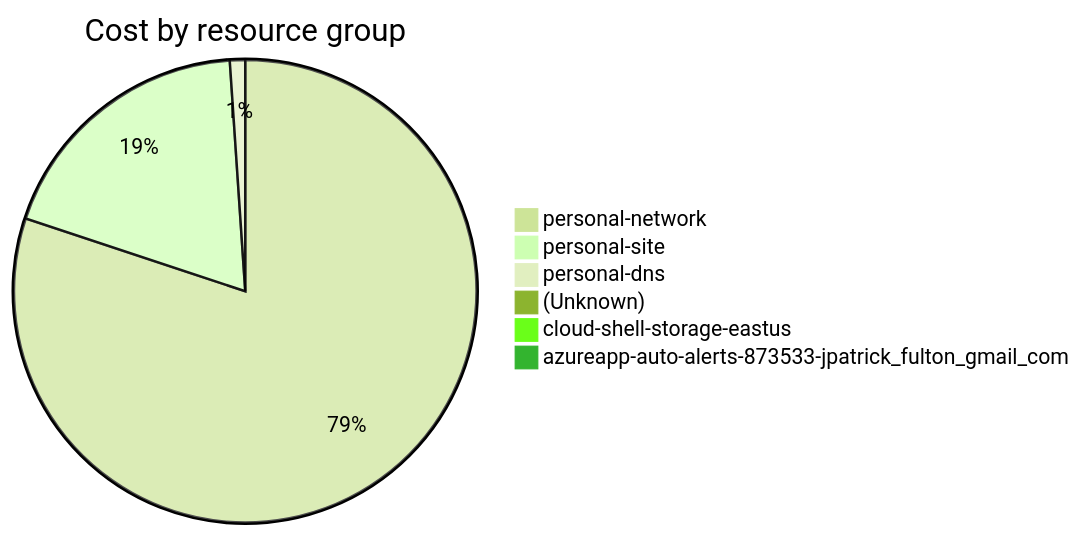
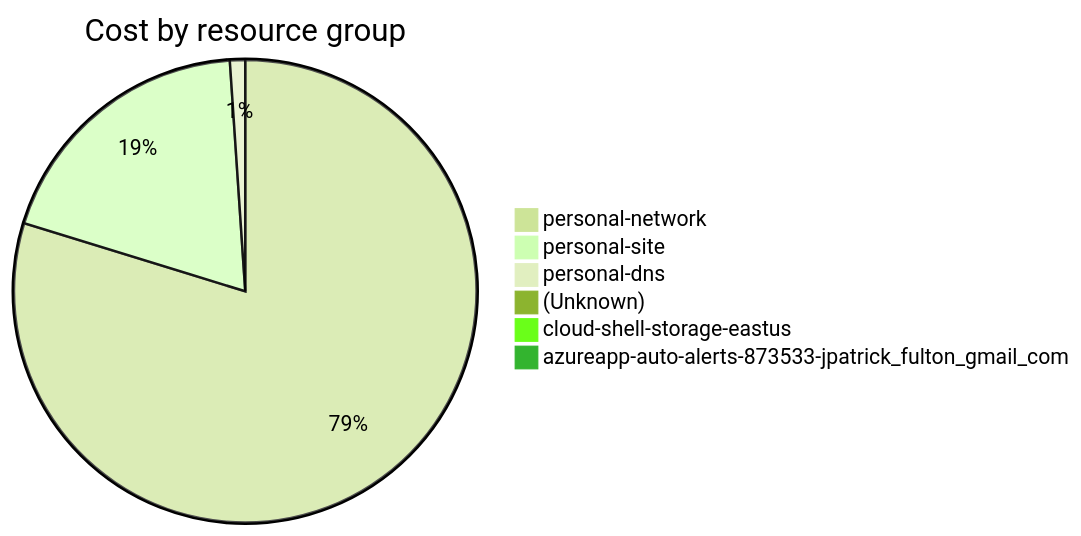
One commit to jpfulton/azure-personal-reports changed the fourth of 4 diagrams in cost-reports/accumulated-cost.md. Above: the diagram before and after it, drawn with Mermaid (forest theme). The commit also changed other lines of this file and 4 other files, not shown here.

````diff
--- a/cost-reports/accumulated-cost.md
+++ b/cost-reports/accumulated-cost.md
@@ -152,10 +152,10 @@
 ```mermaid
 pie
    title Cost by resource group
-   "personal-network" : 11.99
-   "personal-site" : 2.82
-   "personal-dns" : 0.16
-   "(Unknown)" : 0.12
-   "cloud-shell-storage-eastus" : 0.05
+   "personal-network" : 14.22
+   "personal-site" : 3.42
+   "personal-dns" : 0.19
+   "(Unknown)" : 0.14
+   "cloud-shell-storage-eastus" : 0.06
    "azureapp-auto-alerts-873533-jpatrick_fulton_gmail_com" : 0.00
 ```
````
